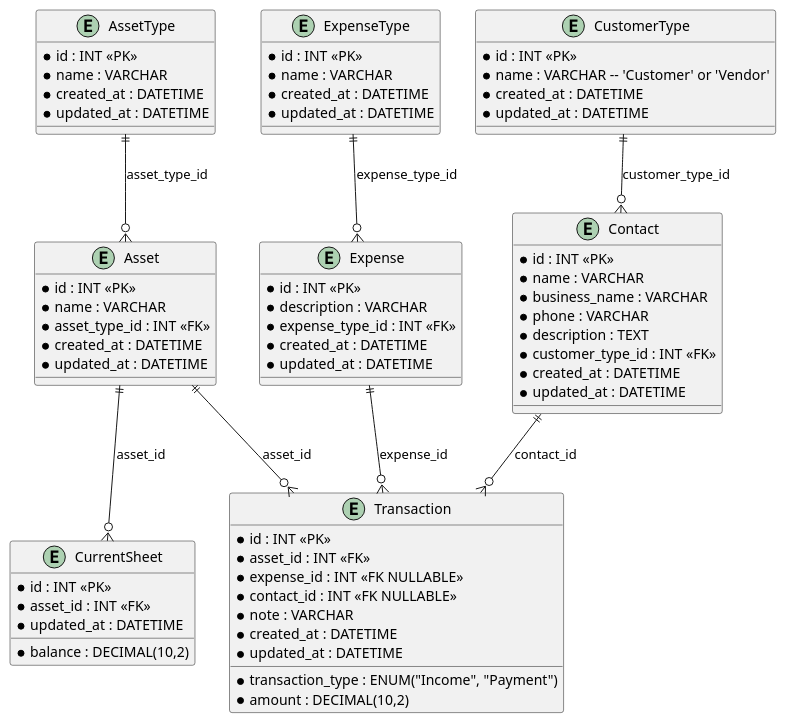
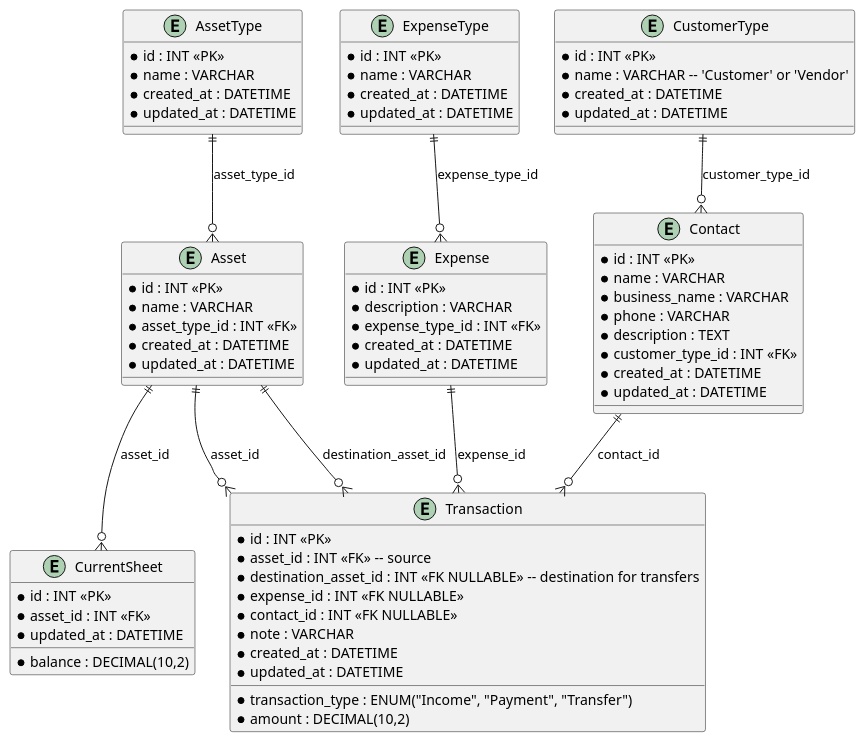
The diagram in docs/er.plantuml (otterdev0341/basic-python-mcv), drawn with PlantUML before and after one commit. The commit also changed 7 other files, not shown here.

```diff
--- a/docs/er.plantuml
+++ b/docs/er.plantuml
@@ -1,78 +1,80 @@
 @startuml "self-bank"
 
 entity AssetType {
   *id : INT <<PK>>
   *name : VARCHAR
   *created_at : DATETIME
   *updated_at : DATETIME
 }
 
 entity Asset {
   *id : INT <<PK>>
   *name : VARCHAR
   *asset_type_id : INT <<FK>>
   *created_at : DATETIME
   *updated_at : DATETIME
 }
 
 entity ExpenseType {
   *id : INT <<PK>>
   *name : VARCHAR
   *created_at : DATETIME
   *updated_at : DATETIME
 }
 
 entity Expense {
   *id : INT <<PK>>
   *description : VARCHAR
   *expense_type_id : INT <<FK>>
   *created_at : DATETIME
   *updated_at : DATETIME
 }
 
 entity CustomerType {
   *id : INT <<PK>>
   *name : VARCHAR -- 'Customer' or 'Vendor'
   *created_at : DATETIME
   *updated_at : DATETIME
 }
 
 entity Contact {
   *id : INT <<PK>>
   *name : VARCHAR
   *business_name : VARCHAR
   *phone : VARCHAR
   *description : TEXT
   *customer_type_id : INT <<FK>>
   *created_at : DATETIME
   *updated_at : DATETIME
 }
 
 entity Transaction {
   *id : INT <<PK>>
-  *transaction_type : ENUM("Income", "Payment")
+  *transaction_type : ENUM("Income", "Payment", "Transfer")
   *amount : DECIMAL(10,2)
-  *asset_id : INT <<FK>>
+  *asset_id : INT <<FK>> -- source
+  *destination_asset_id : INT <<FK NULLABLE>> -- destination for transfers
   *expense_id : INT <<FK NULLABLE>>
   *contact_id : INT <<FK NULLABLE>>
   *note : VARCHAR
   *created_at : DATETIME
   *updated_at : DATETIME
 }
 
 entity CurrentSheet {
   *id : INT <<PK>>
   *asset_id : INT <<FK>>
   *balance : DECIMAL(10,2)
   *updated_at : DATETIME
 }
 
 AssetType ||--o{ Asset : asset_type_id
 ExpenseType ||--o{ Expense : expense_type_id
 CustomerType ||--o{ Contact : customer_type_id
 Contact ||--o{ Transaction : contact_id
 Asset ||--o{ Transaction : asset_id
+Asset ||--o{ Transaction : destination_asset_id
 Expense ||--o{ Transaction : expense_id
 Asset ||--o{ CurrentSheet : asset_id
 
 @enduml
```
